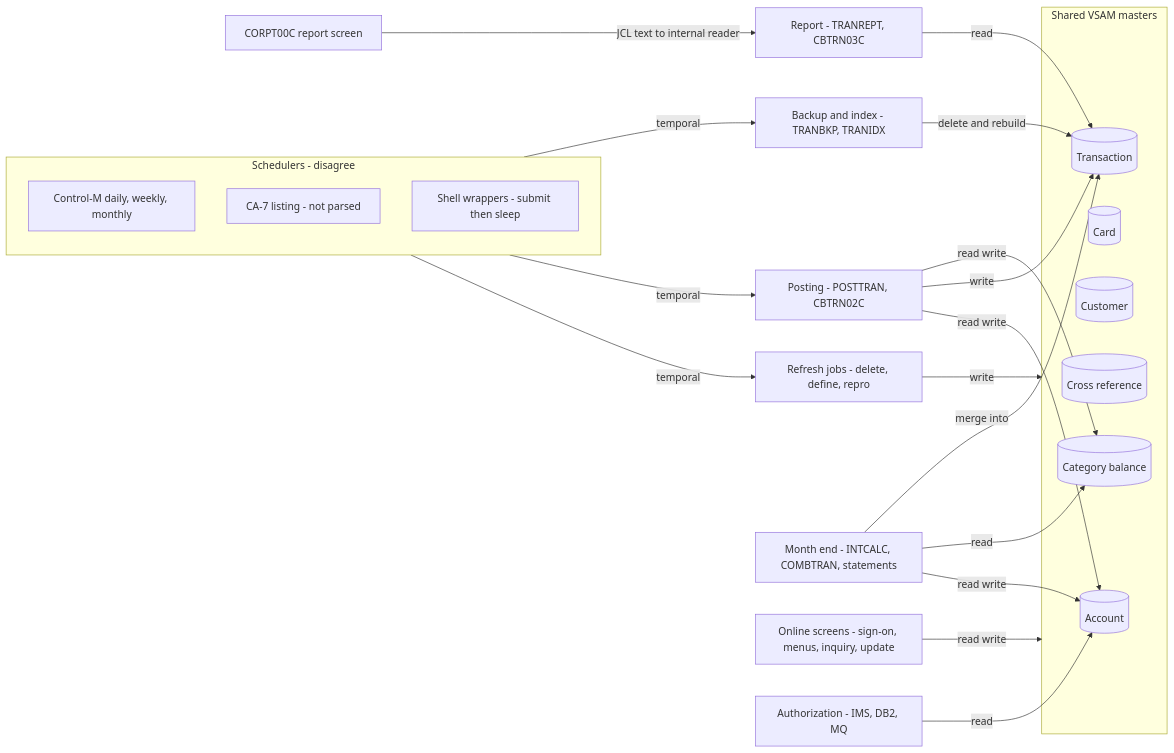
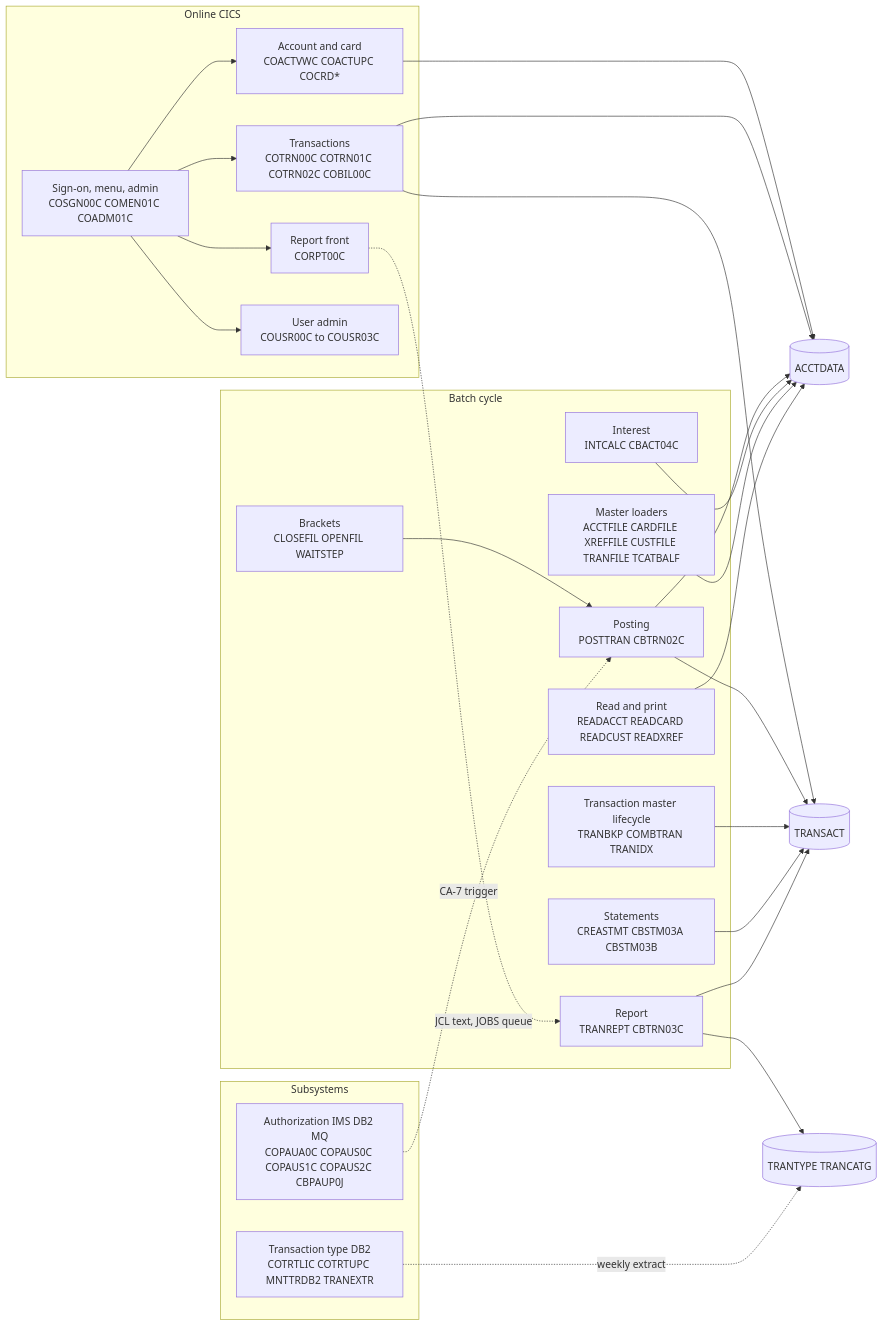
Before and after one commit to Sparq-Holding-Inc/claude-legacy-modernization: the diagram in evals/runs/carddemo-3/modernization-assessment/02-coupling.md, drawn with Mermaid. The commit also changed other lines of this file and 252 other files, not shown here.

````diff
--- a/evals/runs/carddemo-3/modernization-assessment/02-coupling.md
+++ b/evals/runs/carddemo-3/modernization-assessment/02-coupling.md
@@ -70,39 +67,47 @@
 ```mermaid
 flowchart LR
-  subgraph SCHED[Schedulers - disagree]
-    CTLM[Control-M daily, weekly, monthly]
-    CA7[CA-7 listing - not parsed]
-    SH[Shell wrappers - submit then sleep]
+  subgraph online[Online CICS]
+    SIGN[Sign-on, menu, admin<br/>COSGN00C COMEN01C COADM01C]
+    ACCT[Account and card<br/>COACTVWC COACTUPC COCRD*]
+    TRN[Transactions<br/>COTRN00C COTRN01C COTRN02C COBIL00C]
+    RPTF[Report front<br/>CORPT00C]
+    USR[User admin<br/>COUSR00C to COUSR03C]
   end
-  subgraph MASTERS[Shared VSAM masters]
-    ACCT[(Account)]
-    CARD[(Card)]
-    CUST[(Customer)]
-    XREF[(Cross reference)]
-    TRAN[(Transaction)]
-    TCAT[(Category balance)]
+  subgraph batch[Batch cycle]
+    LOAD[Master loaders<br/>ACCTFILE CARDFILE XREFFILE CUSTFILE TRANFILE TCATBALF]
+    POST[Posting<br/>POSTTRAN CBTRN02C]
+    LIFE[Transaction master lifecycle<br/>TRANBKP COMBTRAN TRANIDX]
+    INT[Interest<br/>INTCALC CBACT04C]
+    REP[Report<br/>TRANREPT CBTRN03C]
+    STM[Statements<br/>CREASTMT CBSTM03A CBSTM03B]
+    READ[Read and print<br/>READACCT READCARD READCUST READXREF]
+    BRK[Brackets<br/>CLOSEFIL OPENFIL WAITSTEP]
   end
-  REFRESH[Refresh jobs - delete, define, repro]
-  POST[Posting - POSTTRAN, CBTRN02C]
-  BKP[Backup and index - TRANBKP, TRANIDX]
-  REPORT[Report - TRANREPT, CBTRN03C]
-  MONTH[Month end - INTCALC, COMBTRAN, statements]
-  ONLINE[Online screens - sign-on, menus, inquiry, update]
-  RPTSCR[CORPT00C report screen]
-  AUTH[Authorization - IMS, DB2, MQ]
-  SCHED -->|temporal| REFRESH
-  SCHED -->|temporal| POST
-  SCHED -->|temporal| BKP
-  REFRESH -->|write| MASTERS
-  POST -->|read write| ACCT
-  POST -->|write| TRAN
-  POST -->|read write| TCAT
-  BKP -->|delete and rebuild| TRAN
-  MONTH -->|read write| ACCT
-  MONTH -->|read| TCAT
-  MONTH -->|merge into| TRAN
-  ONLINE -->|read write| MASTERS
-  RPTSCR -->|JCL text to internal reader| REPORT
-  REPORT -->|read| TRAN
-  AUTH -->|read| ACCT
+  subgraph sub[Subsystems]
+    AUTH[Authorization IMS DB2 MQ<br/>COPAUA0C COPAUS0C COPAUS1C COPAUS2C CBPAUP0J]
+    TYPE[Transaction type DB2<br/>COTRTLIC COTRTUPC MNTTRDB2 TRANEXTR]
+  end
+  ACCTDATA[(ACCTDATA)]
+  TRANSACT[(TRANSACT)]
+  REFDATA[(TRANTYPE TRANCATG)]
+  SIGN --> ACCT
+  SIGN --> TRN
+  SIGN --> RPTF
+  SIGN --> USR
+  ACCT --> ACCTDATA
+  TRN --> TRANSACT
+  TRN --> ACCTDATA
+  POST --> ACCTDATA
+  POST --> TRANSACT
+  INT --> ACCTDATA
+  LIFE --> TRANSACT
+  LOAD --> ACCTDATA
+  READ --> ACCTDATA
+  STM --> TRANSACT
+  REP --> TRANSACT
+  REP --> REFDATA
+  BRK --> POST
+  RPTF -.->|JCL text, JOBS queue| REP
+  AUTH -.->|CA-7 trigger| POST
+  TYPE -.->|weekly extract| REFDATA
 ```
````
